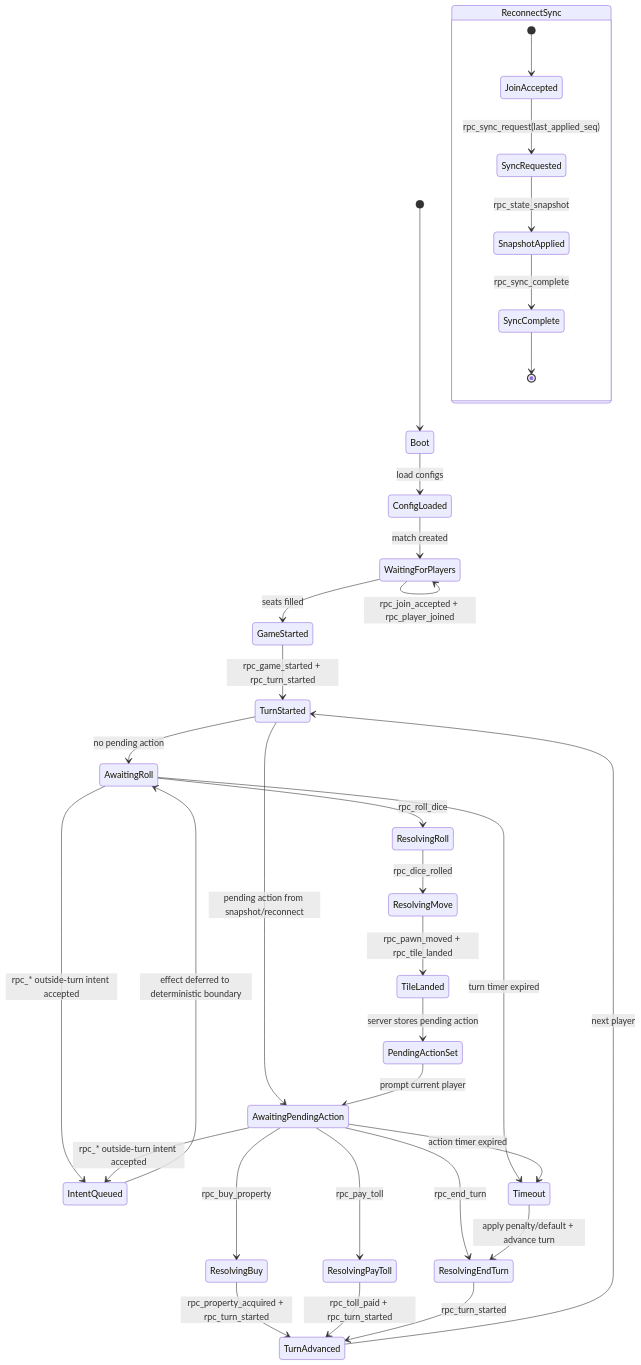
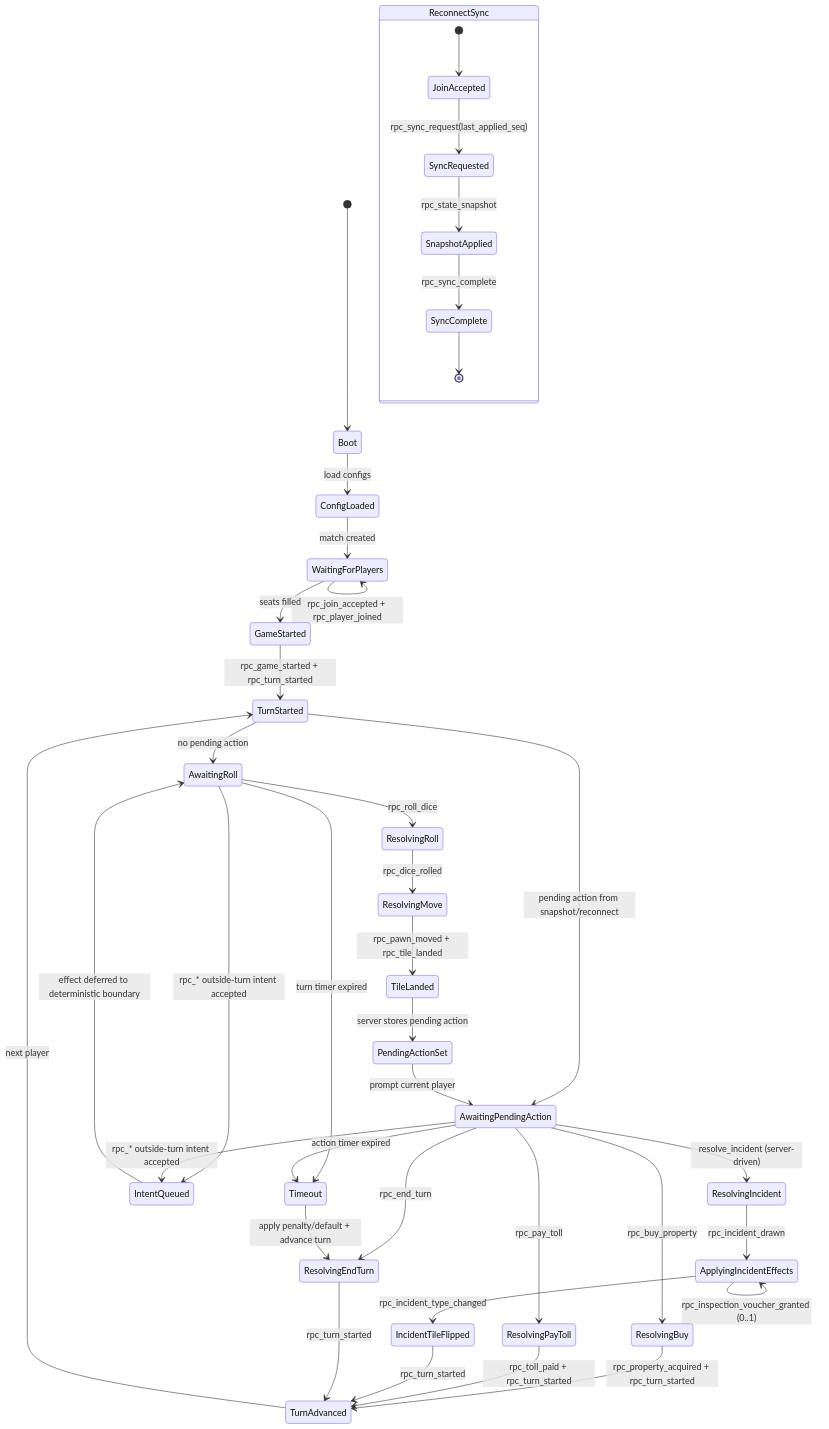
Before and after one commit to Falafel-Open-Games/evanopolis-ui-slice: the diagram in docs/state-machine.md, drawn with Mermaid. The commit also changed other lines of this file and 31 other files, not shown here.

First line of the commit message:
feat: sync godot2 server flow with canonical v0 rules

````diff
--- a/docs/state-machine.md
+++ b/docs/state-machine.md
@@ -5,41 +5,48 @@
 ```mermaid
 stateDiagram-v2
     [*] --> Boot
     Boot --> ConfigLoaded: load configs
     ConfigLoaded --> WaitingForPlayers: match created
     WaitingForPlayers --> WaitingForPlayers: rpc_join (reject invalid)
     WaitingForPlayers --> WaitingForPlayers: rpc_join_accepted + rpc_player_joined
     WaitingForPlayers --> GameStarted: seats filled
     GameStarted --> TurnStarted: rpc_game_started + rpc_turn_started
 
     TurnStarted --> AwaitingRoll: no pending action
     TurnStarted --> AwaitingPendingAction: pending action from snapshot/reconnect
     AwaitingRoll --> ResolvingRoll: rpc_roll_dice
     ResolvingRoll --> ResolvingMove: rpc_dice_rolled
     ResolvingMove --> TileLanded: rpc_pawn_moved + rpc_tile_landed
     TileLanded --> PendingActionSet: server stores pending action
     PendingActionSet --> AwaitingPendingAction: prompt current player
     AwaitingPendingAction --> ResolvingBuy: rpc_buy_property
     AwaitingPendingAction --> ResolvingPayToll: rpc_pay_toll
+    AwaitingPendingAction --> ResolvingIncident: resolve_incident (server-driven)
     AwaitingPendingAction --> ResolvingEndTurn: rpc_end_turn
     ResolvingBuy --> TurnAdvanced: rpc_property_acquired + rpc_turn_started
     ResolvingPayToll --> TurnAdvanced: rpc_toll_paid + rpc_turn_started
+    ResolvingIncident --> ApplyingIncidentEffects: rpc_incident_drawn
+    ApplyingIncidentEffects --> ApplyingIncidentEffects: rpc_player_balance_changed (0..N)
+    ApplyingIncidentEffects --> ApplyingIncidentEffects: rpc_player_sent_to_inspection (0..1)
+    ApplyingIncidentEffects --> ApplyingIncidentEffects: rpc_inspection_voucher_granted (0..1)
+    ApplyingIncidentEffects --> IncidentTileFlipped: rpc_incident_type_changed
+    IncidentTileFlipped --> TurnAdvanced: rpc_turn_started
     ResolvingEndTurn --> TurnAdvanced: rpc_turn_started
     TurnAdvanced --> TurnStarted: next player
 
     AwaitingRoll --> IntentQueued: rpc_* outside-turn intent accepted
     AwaitingPendingAction --> IntentQueued: rpc_* outside-turn intent accepted
     IntentQueued --> AwaitingRoll: effect deferred to deterministic boundary
 
     AwaitingRoll --> Timeout: turn timer expired
     AwaitingPendingAction --> Timeout: action timer expired
     Timeout --> ResolvingEndTurn: apply penalty/default + advance turn
 
     state ReconnectSync {
       [*] --> JoinAccepted
       JoinAccepted --> SyncRequested: rpc_sync_request(last_applied_seq)
       SyncRequested --> SnapshotApplied: rpc_state_snapshot
       SnapshotApplied --> SyncComplete: rpc_sync_complete
       SyncComplete --> [*]
     }
 ```
````
